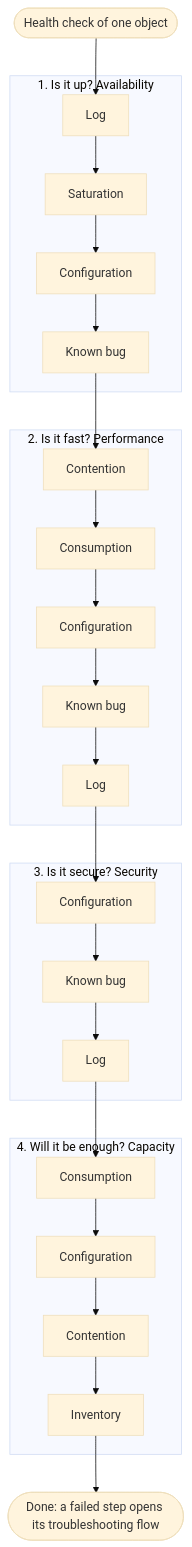
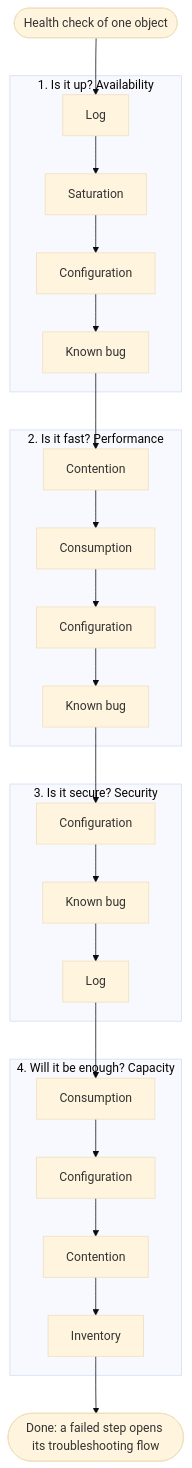
One commit to e1-rahabok/agent-e2 changed the diagram in knowledge/sp5-framework/concepts/health-check.md. Above: the diagram before and after it, drawn with Mermaid (base theme). The commit also changed other lines of this file and 13 other files, not shown here.

````diff
--- a/knowledge/sp5-framework/concepts/health-check.md
+++ b/knowledge/sp5-framework/concepts/health-check.md
@@ -24,20 +24,20 @@
 ```mermaid
 flowchart TD
   S0([Health check of one object]) --> A1
   subgraph AV["1. Is it up? Availability"]
     A1[Log] --> A2[Saturation] --> A3[Configuration] --> A4[Known bug]
   end
   subgraph PF["2. Is it fast? Performance"]
-    P1[Contention] --> P2[Consumption] --> P3[Configuration] --> P4[Known bug] --> P5[Log]
+    P1[Contention] --> P2[Consumption] --> P3[Configuration] --> P4[Known bug]
   end
   subgraph SC["3. Is it secure? Security"]
     S1[Configuration] --> S2[Known bug] --> S3[Log]
   end
   subgraph CP["4. Will it be enough? Capacity"]
     C1[Consumption] --> C2[Configuration] --> C3[Contention] --> C4[Inventory]
   end
   A4 --> P1
-  P5 --> S1
+  P4 --> S1
   S3 --> C1
   C4 --> D([Done: a failed step opens its troubleshooting flow])
 ```
````
